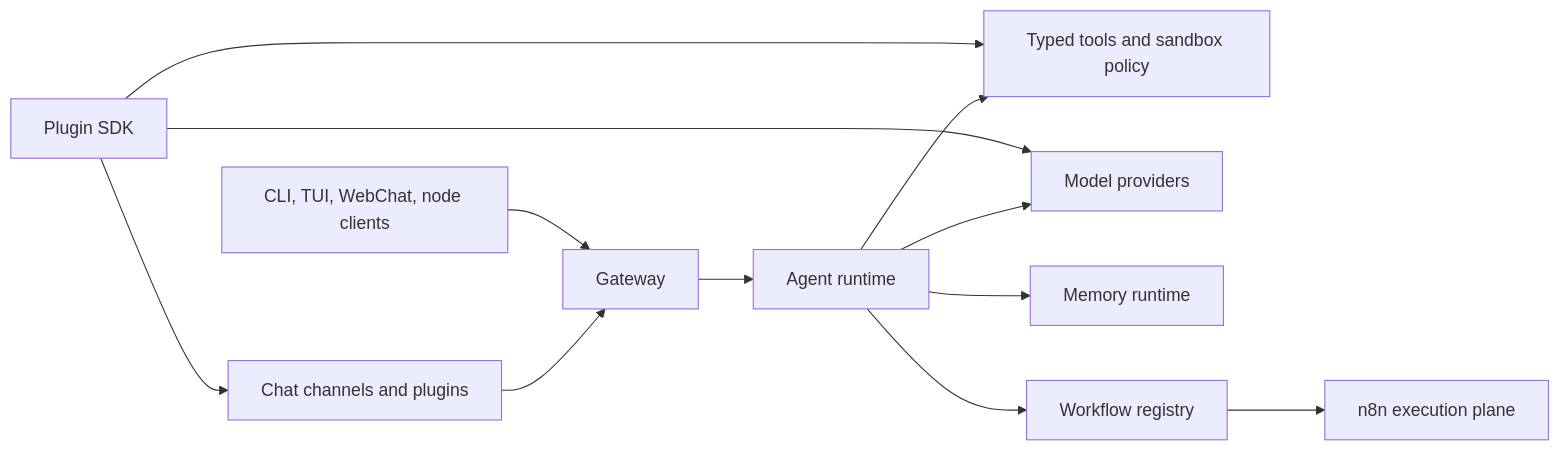
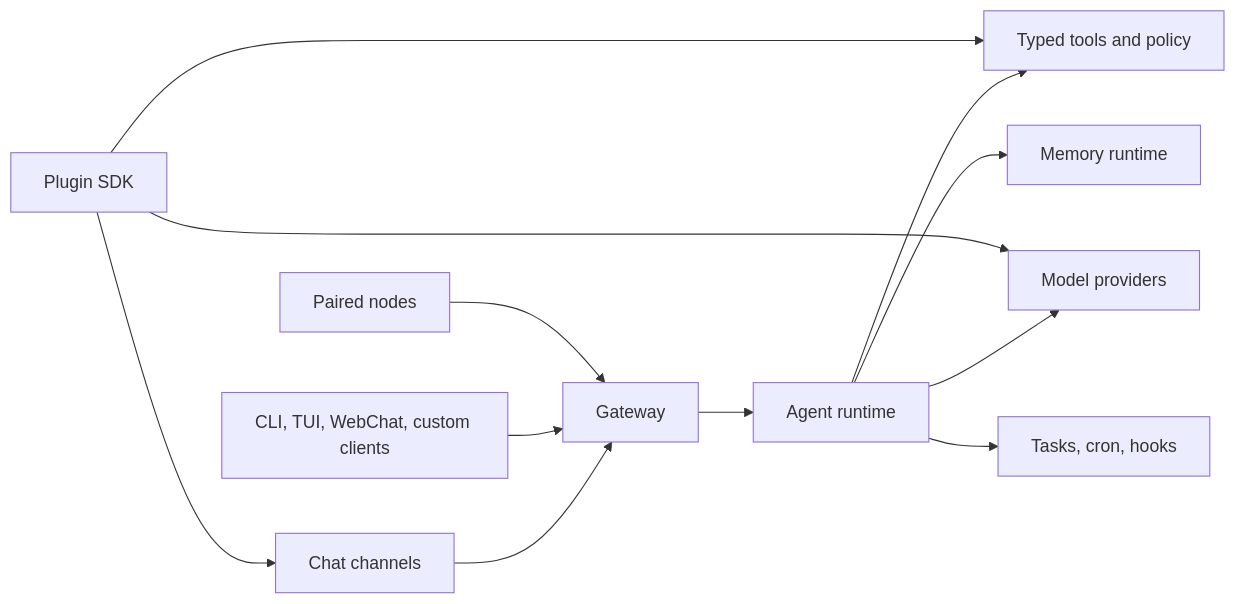
Before and after one commit to qianleigood/crawclaw: the diagram in README.md, drawn with Mermaid. The commit also changed other lines of this file and 1 other file, not shown here.

````diff
--- a/README.md
+++ b/README.md
@@ -116,14 +158,14 @@
 ```mermaid
 flowchart LR
-  Channels["Chat channels and plugins"] --> Gateway["Gateway"]
-  Clients["CLI, TUI, WebChat, node clients"] --> Gateway
+  Channels["Chat channels"] --> Gateway["Gateway"]
+  Clients["CLI, TUI, WebChat, custom clients"] --> Gateway
+  Nodes["Paired nodes"] --> Gateway
   Gateway --> Agent["Agent runtime"]
-  Agent --> Tools["Typed tools and sandbox policy"]
+  Agent --> Tools["Typed tools and policy"]
   Agent --> Providers["Model providers"]
   Agent --> Memory["Memory runtime"]
-  Agent --> Workflows["Workflow registry"]
-  Workflows --> N8N["n8n execution plane"]
+  Agent --> Automation["Tasks, cron, hooks"]
   Plugins["Plugin SDK"] --> Channels
   Plugins --> Tools
   Plugins --> Providers
 ```
````
